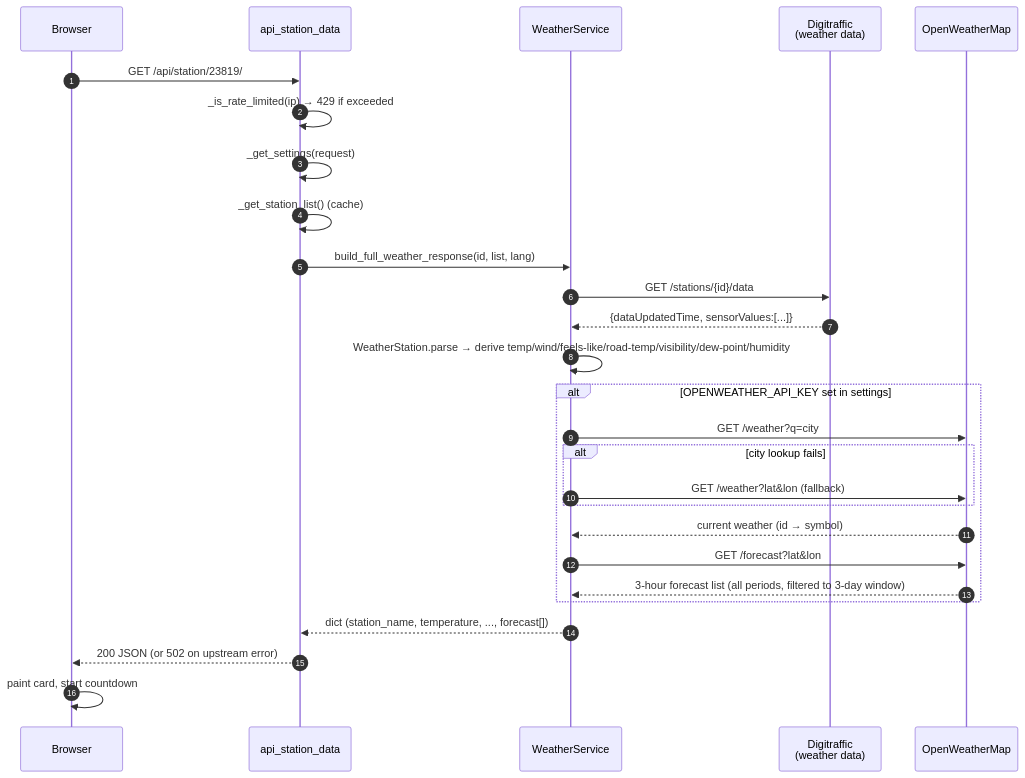
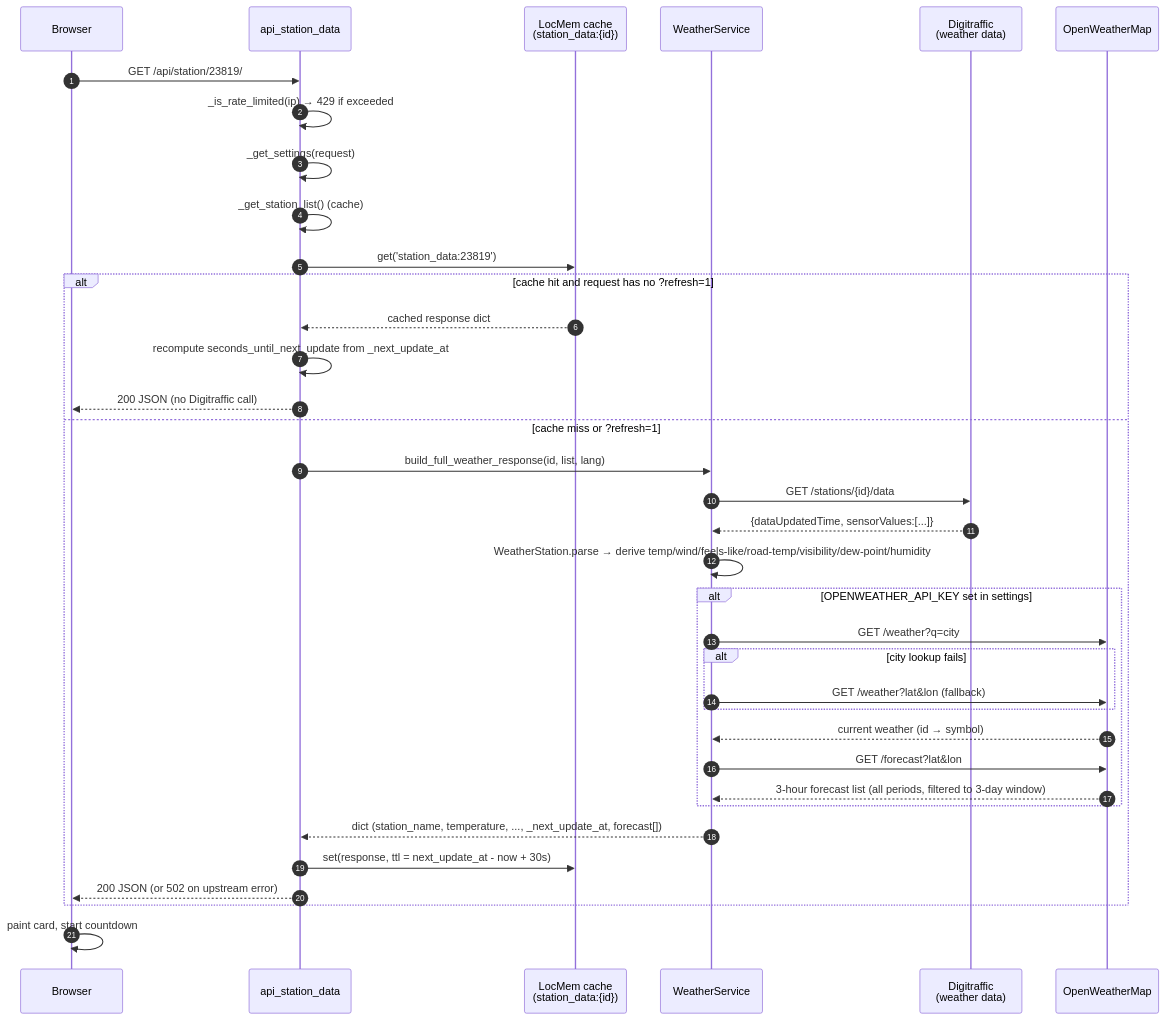
Before and after one commit to jjankkil/weatherview-django: the fourth of 9 diagrams in docs/ARCHITECTURE.md, drawn with Mermaid. The commit also changed other lines of this file and 7 other files, not shown here.

Commit message:
Fix automatic refresh and improve server-side caching: correct countdown timer cancellation, serve accurate remaining time from cache, bypass cache only on scheduled refresh, fix 90 s TTL caused by dead interval logic

````diff
--- a/docs/ARCHITECTURE.md
+++ b/docs/ARCHITECTURE.md
@@ -222,30 +221,39 @@
 ```mermaid
 sequenceDiagram
     autonumber
     participant Browser
     participant View as api_station_data
+    participant SC as LocMem cache<br/>(station_data:{id})
     participant WS as WeatherService
     participant DT as Digitraffic<br/>(weather data)
     participant OWM as OpenWeatherMap
 
     Browser->>View: GET /api/station/23819/
     View->>View: _is_rate_limited(ip) → 429 if exceeded
     View->>View: _get_settings(request)
     View->>View: _get_station_list() (cache)
-    View->>WS: build_full_weather_response(id, list, lang)
-    WS->>DT: GET /stations/{id}/data
-    DT-->>WS: {dataUpdatedTime, sensorValues:[...]}
-    WS->>WS: WeatherStation.parse → derive temp/wind/feels-like/road-temp/visibility/dew-point/humidity
-    alt OPENWEATHER_API_KEY set in settings
-        WS->>OWM: GET /weather?q=city
-        alt city lookup fails
-            WS->>OWM: GET /weather?lat&lon (fallback)
+    View->>SC: get('station_data:23819')
+    alt cache hit and request has no ?refresh=1
+        SC-->>View: cached response dict
+        View->>View: recompute seconds_until_next_update from _next_update_at
+        View-->>Browser: 200 JSON (no Digitraffic call)
+    else cache miss or ?refresh=1
+        View->>WS: build_full_weather_response(id, list, lang)
+        WS->>DT: GET /stations/{id}/data
+        DT-->>WS: {dataUpdatedTime, sensorValues:[...]}
+        WS->>WS: WeatherStation.parse → derive temp/wind/feels-like/road-temp/visibility/dew-point/humidity
+        alt OPENWEATHER_API_KEY set in settings
+            WS->>OWM: GET /weather?q=city
+            alt city lookup fails
+                WS->>OWM: GET /weather?lat&lon (fallback)
+            end
+            OWM-->>WS: current weather (id → symbol)
+            WS->>OWM: GET /forecast?lat&lon
+            OWM-->>WS: 3-hour forecast list (all periods, filtered to 3-day window)
         end
-        OWM-->>WS: current weather (id → symbol)
-        WS->>OWM: GET /forecast?lat&lon
-        OWM-->>WS: 3-hour forecast list (all periods, filtered to 3-day window)
+        WS-->>View: dict (station_name, temperature, ..., _next_update_at, forecast[])
+        View->>SC: set(response, ttl = next_update_at - now + 30s)
+        View-->>Browser: 200 JSON (or 502 on upstream error)
     end
-    WS-->>View: dict (station_name, temperature, ..., forecast[])
-    View-->>Browser: 200 JSON   (or 502 on upstream error)
     Browser->>Browser: paint card, start countdown
 ```
````
